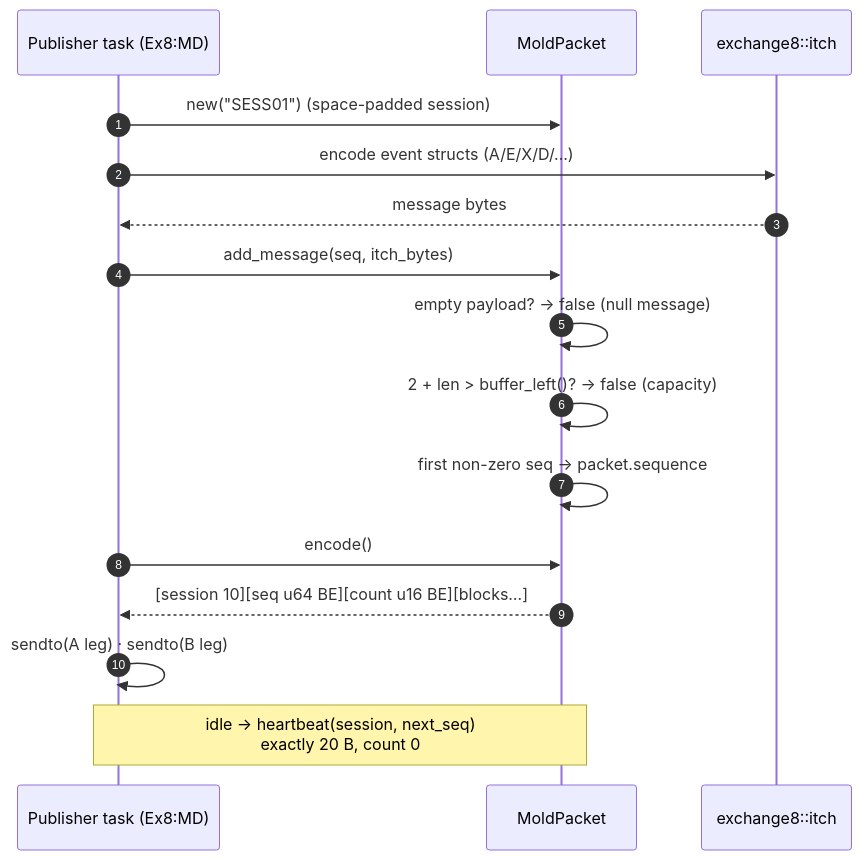
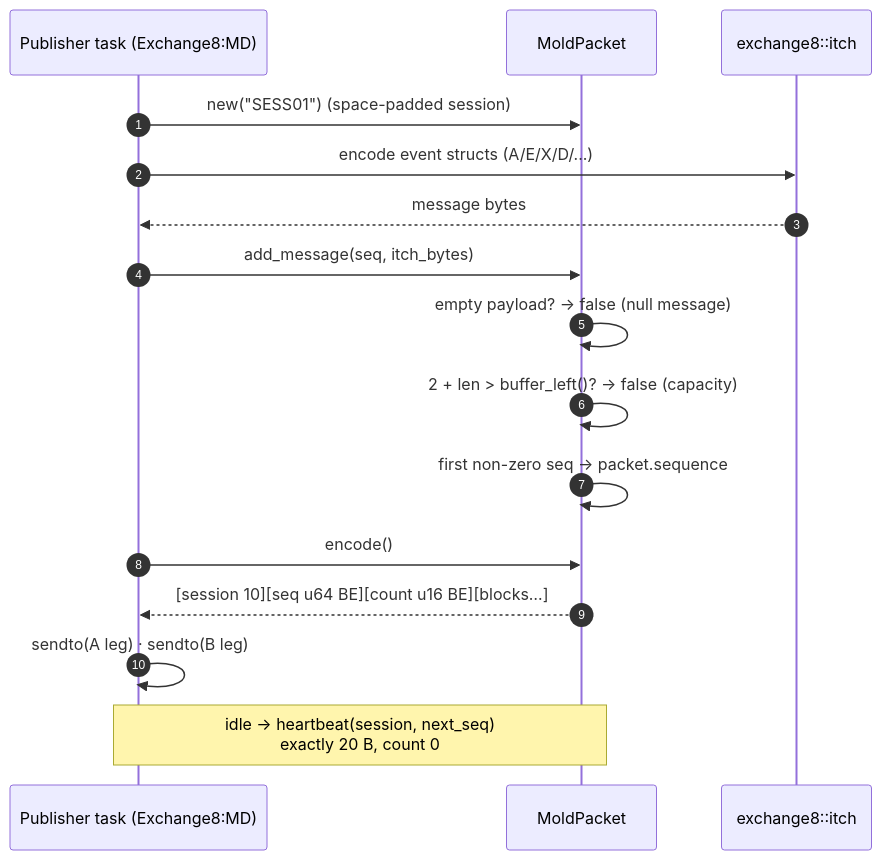
One commit to Exchange8-dev/exchange8-sdk changed the second of 8 diagrams in crates/mold/DESIGN.md. Above: the diagram before and after it, drawn with Mermaid. The commit also changed other lines of this file and 29 other files, not shown here.

````diff
--- a/crates/mold/DESIGN.md
+++ b/crates/mold/DESIGN.md
@@ -88,19 +88,19 @@
 ```mermaid
 sequenceDiagram
     autonumber
-    participant T as Publisher task (Ex8:MD)
+    participant T as Publisher task (Exchange8:MD)
     participant MP as MoldPacket
     participant IT as exchange8::itch
 
     T->>MP: new("SESS01")  (space-padded session)
     T->>IT: encode event structs (A/E/X/D/...)
     IT-->>T: message bytes
     T->>MP: add_message(seq, itch_bytes)
     MP->>MP: empty payload? → false (null message)
     MP->>MP: 2 + len > buffer_left()? → false (capacity)
     MP->>MP: first non-zero seq → packet.sequence
     T->>MP: encode()
     MP-->>T: [session 10][seq u64 BE][count u16 BE][blocks…]
     T->>T: sendto(A leg) · sendto(B leg)
     Note over T,MP: idle → heartbeat(session, next_seq)<br/>exactly 20 B, count 0
 ```
````
